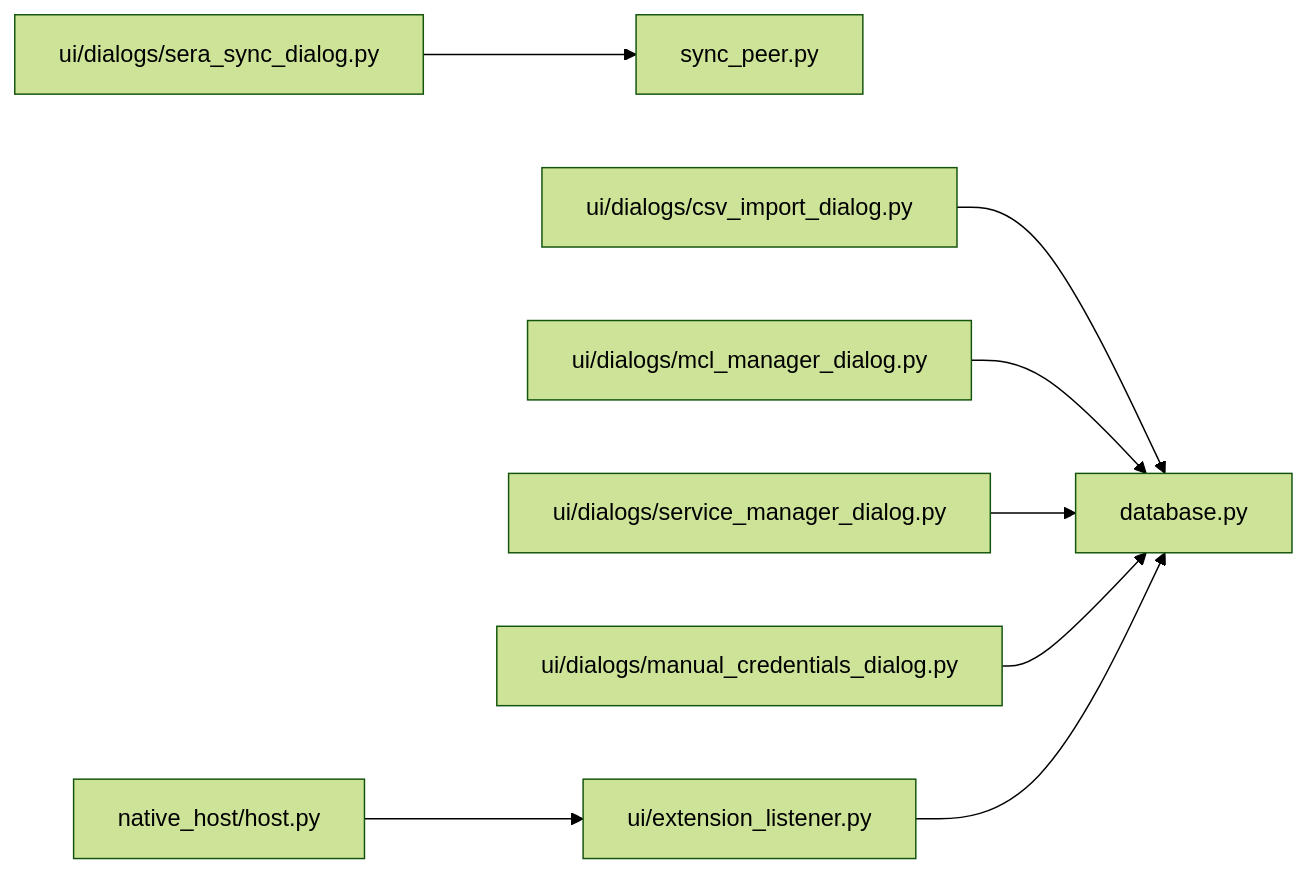
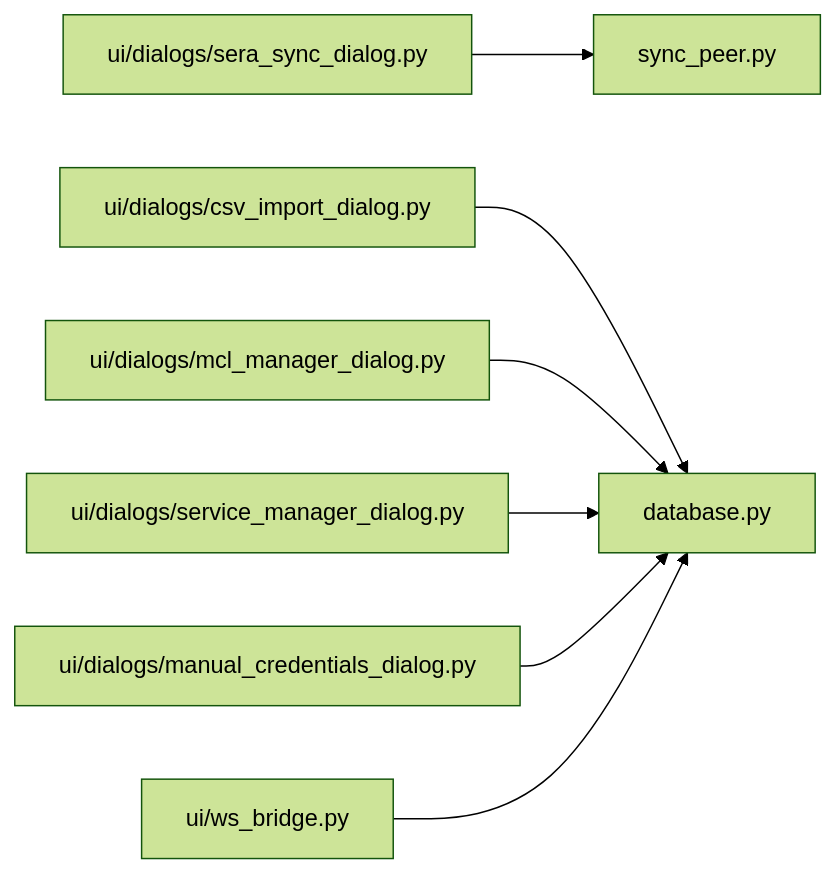
Before and after one commit to NexCardel/Project_Sera: the fourth of 5 diagrams in docs/codebase-architecture-nodes.md, drawn with Mermaid (forest theme). The commit also changed other lines of this file and 106 other files, not shown here.

Commit message:
feat: migrate to WebSocket bridge, replace native_host, and upgrade SGT capture engine

````diff
--- a/docs/codebase-architecture-nodes.md
+++ b/docs/codebase-architecture-nodes.md
@@ -175,11 +172,10 @@
 ```mermaid
 graph LR
     sera_sync_dialog["ui/dialogs/sera_sync_dialog.py"] --> sync_peer["sync_peer.py"]
     csv_import_dialog["ui/dialogs/csv_import_dialog.py"] --> database["database.py"]
     mcl_manager_dialog["ui/dialogs/mcl_manager_dialog.py"] --> database["database.py"]
     service_manager_dialog["ui/dialogs/service_manager_dialog.py"] --> database["database.py"]
     manual_credentials_dialog["ui/dialogs/manual_credentials_dialog.py"] --> database["database.py"]
 
-    extension_listener["ui/extension_listener.py"] --> database["database.py"]
-    native_host["native_host/host.py"] --> extension_listener["ui/extension_listener.py"]
+    ws_bridge["ui/ws_bridge.py"] --> database["database.py"]
 ```
````
